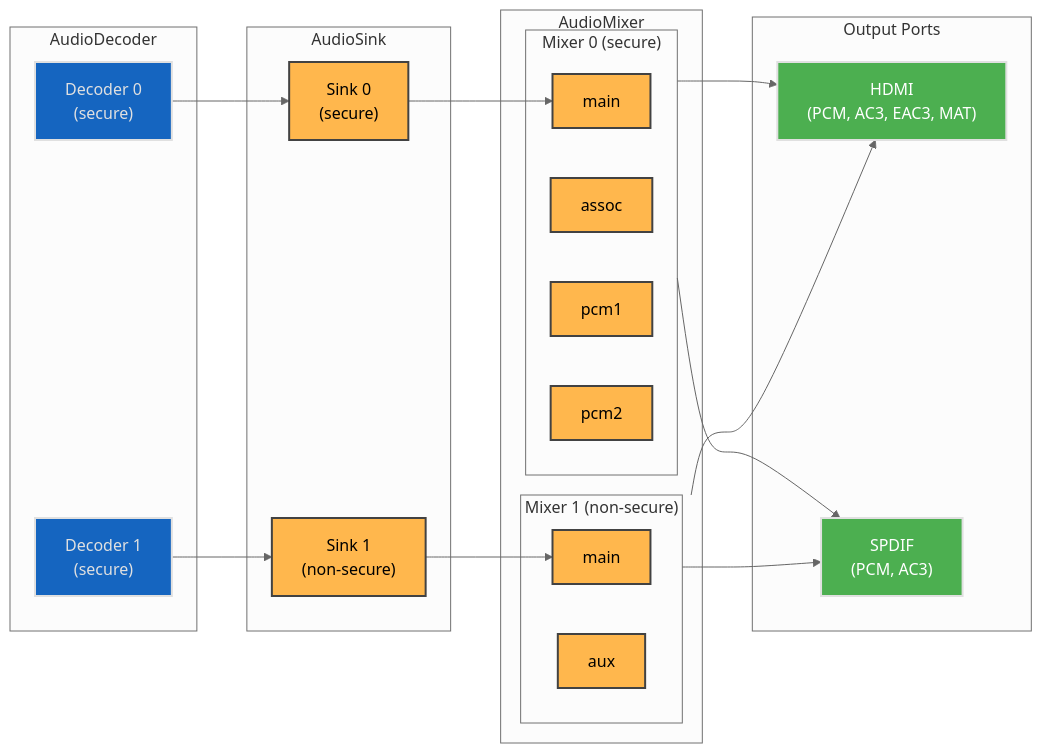
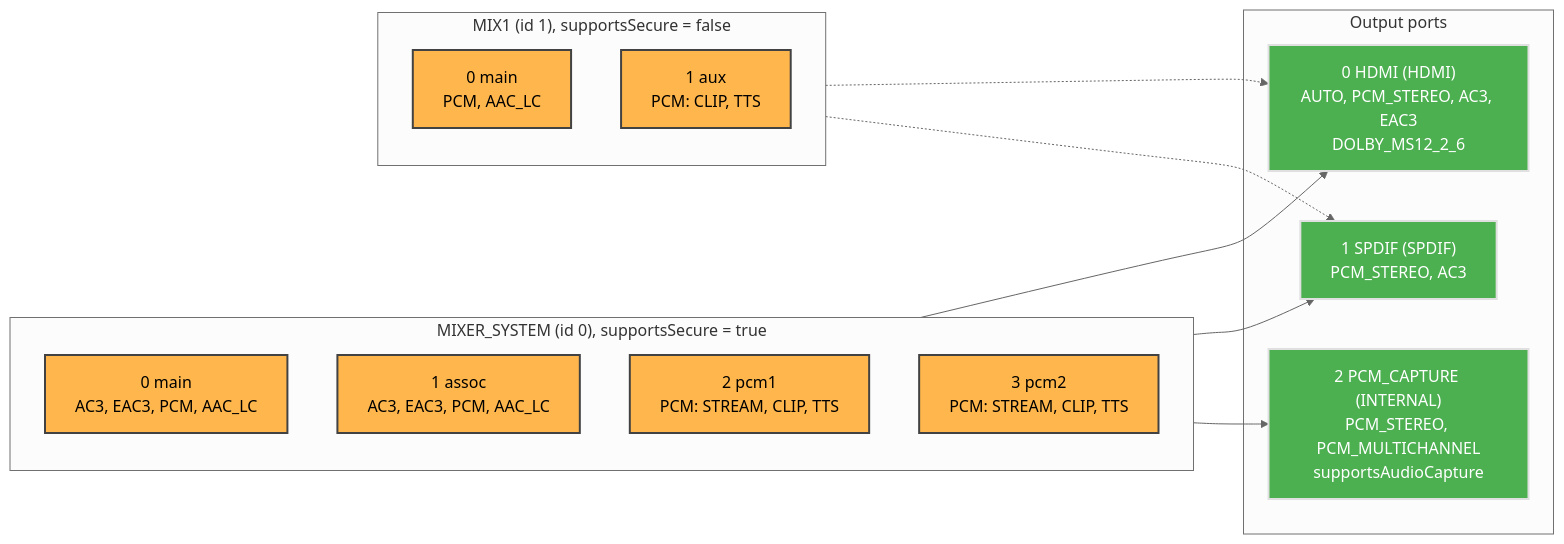
One commit to rdkcentral/rdk-halif-aidl changed the sixth of 6 diagrams in audiomixer/current/docs/audio_system_architecture.md. Above: the diagram before and after it, drawn with Mermaid (neutral theme). The commit also changed other lines of this file and 1 other file, not shown here.

First line of the commit message:
Update #354: architecture to the current AIDL

````diff
--- a/audiomixer/current/docs/audio_system_architecture.md
+++ b/audiomixer/current/docs/audio_system_architecture.md
@@ -291,57 +325,28 @@
 ```mermaid
 flowchart LR
-    subgraph Decoders["AudioDecoder"]
-        DEC0["Decoder 0<br/>(secure)"]
-        DEC1["Decoder 1<br/>(secure)"]
+    subgraph M0["MIXER_SYSTEM (id 0), supportsSecure = true"]
+        I00["0 main<br/>AC3, EAC3, PCM, AAC_LC"]
+        I01["1 assoc<br/>AC3, EAC3, PCM, AAC_LC"]
+        I02["2 pcm1<br/>PCM: STREAM, CLIP, TTS"]
+        I03["3 pcm2<br/>PCM: STREAM, CLIP, TTS"]
     end
+    subgraph M1["MIX1 (id 1), supportsSecure = false"]
+        I10["0 main<br/>PCM, AAC_LC"]
+        I11["1 aux<br/>PCM: CLIP, TTS"]
+    end
+    subgraph P["Output ports"]
+        P0["0 HDMI (HDMI)<br/>AUTO, PCM_STEREO, AC3, EAC3<br/>DOLBY_MS12_2_6"]
+        P1["1 SPDIF (SPDIF)<br/>PCM_STEREO, AC3"]
+        P2["2 PCM_CAPTURE (INTERNAL)<br/>PCM_STEREO, PCM_MULTICHANNEL<br/>supportsAudioCapture"]
+    end
+    M0 --> P0
+    M0 --> P1
+    M0 --> P2
+    M1 -.-> P0
+    M1 -.-> P1
 
-    subgraph Sinks["AudioSink"]
-        SINK0["Sink 0<br/>(secure)"]
-        SINK1["Sink 1<br/>(non-secure)"]
-    end
-
-    subgraph Mixers["AudioMixer"]
-        subgraph MIX0["Mixer 0 (secure)"]
-            M0_main["main"]
-            M0_assoc["assoc"]
-            M0_pcm1["pcm1"]
-            M0_pcm2["pcm2"]
-        end
-        subgraph MIX1["Mixer 1 (non-secure)"]
-            M1_main["main"]
-            M1_aux["aux"]
-        end
-    end
-
-    subgraph Ports["Output Ports"]
-        HDMI["HDMI<br/>(PCM, AC3, EAC3, MAT)"]
-        SPDIF["SPDIF<br/>(PCM, AC3)"]
-    end
-
-    DEC0 --> SINK0
-    DEC1 --> SINK1
-    SINK0 --> M0_main
-    SINK1 --> M1_main
-    MIX0 --> HDMI
-    MIX0 --> SPDIF
-    MIX1 --> HDMI
-    MIX1 --> SPDIF
-
-    classDef blue fill:#1565C0,stroke:#E0E0E0,stroke-width:2px,color:#E0E0E0;
     classDef wheat fill:#FFB74D,stroke:#424242,stroke-width:2px,color:#000000;
     classDef green fill:#4CAF50,stroke:#E0E0E0,stroke-width:2px,color:#FFFFFF;
-    classDef default fill:#1E1E1E,stroke:#E0E0E0,stroke-width:1px,color:#E0E0E0;
-
-    DEC0:::blue
-    DEC1:::blue
-    SINK0:::wheat
-    SINK1:::wheat
-    M0_main:::wheat
-    M0_assoc:::wheat
-    M0_pcm1:::wheat
-    M0_pcm2:::wheat
-    M1_main:::wheat
-    M1_aux:::wheat
-    HDMI:::green
-    SPDIF:::green
+    class I00,I01,I02,I03,I10,I11 wheat
+    class P0,P1,P2 green
 ```
````
